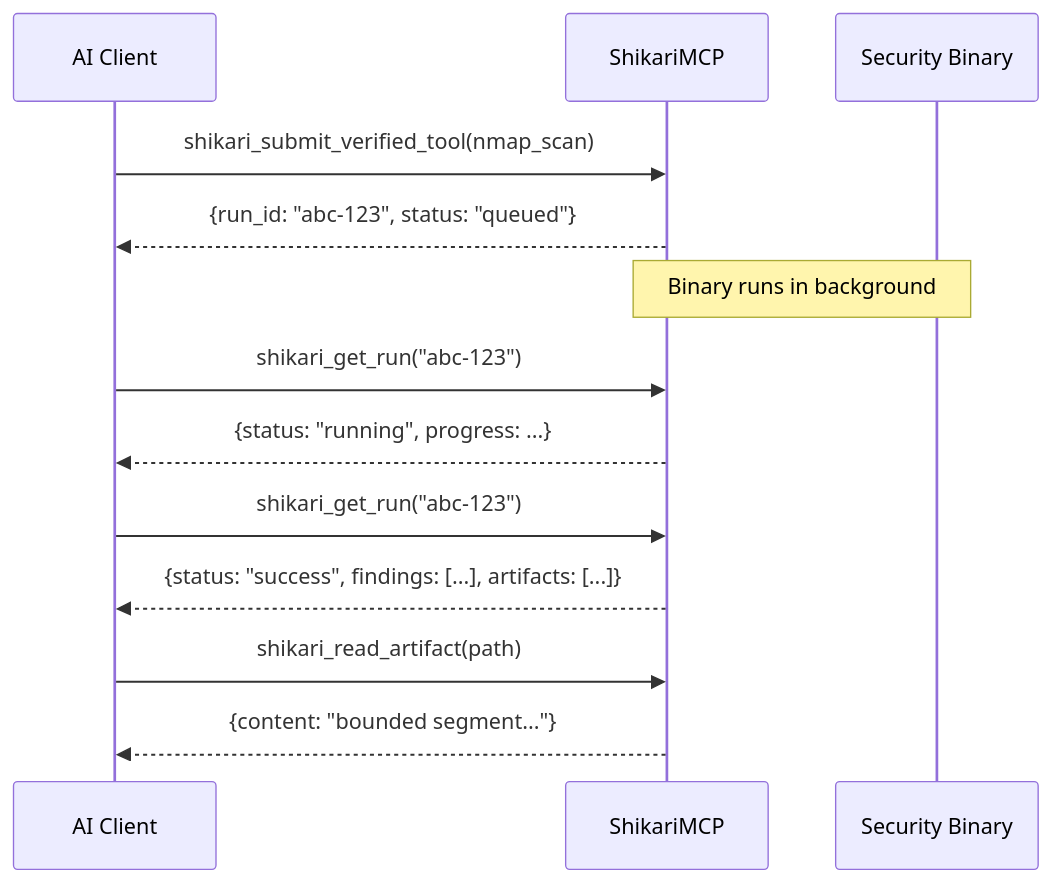
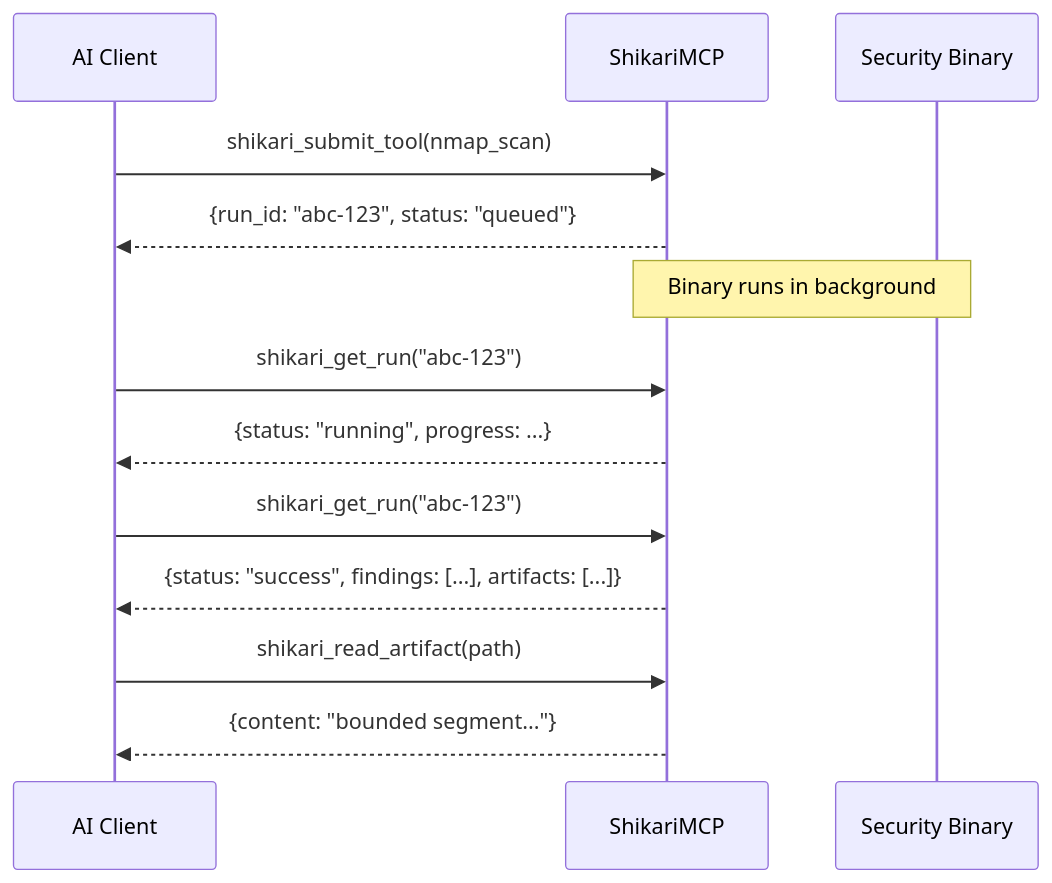
Before and after one commit to Zaeem20/ShikariMCP: the first of 2 diagrams in README.md, drawn with Mermaid. The commit also changed other lines of this file and 5 other files, not shown here.

````diff
--- a/README.md
+++ b/README.md
@@ -138,19 +155,19 @@
 ```mermaid
 sequenceDiagram
     participant AI as AI Client
     participant SRV as ShikariMCP
     participant BIN as Security Binary
 
-    AI->>SRV: shikari_submit_verified_tool(nmap_scan)
+    AI->>SRV: shikari_submit_tool(nmap_scan)
     SRV-->>AI: {run_id: "abc-123", status: "queued"}
     Note over SRV,BIN: Binary runs in background
 
     AI->>SRV: shikari_get_run("abc-123")
     SRV-->>AI: {status: "running", progress: ...}
 
     AI->>SRV: shikari_get_run("abc-123")
     SRV-->>AI: {status: "success", findings: [...], artifacts: [...]}
 
     AI->>SRV: shikari_read_artifact(path)
     SRV-->>AI: {content: "bounded segment..."}
 ```
````
